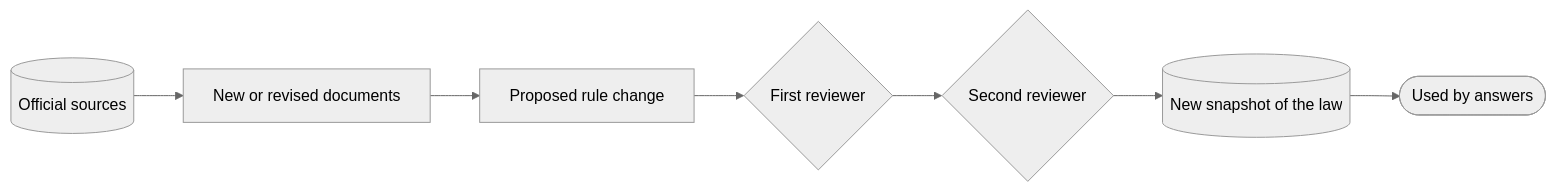
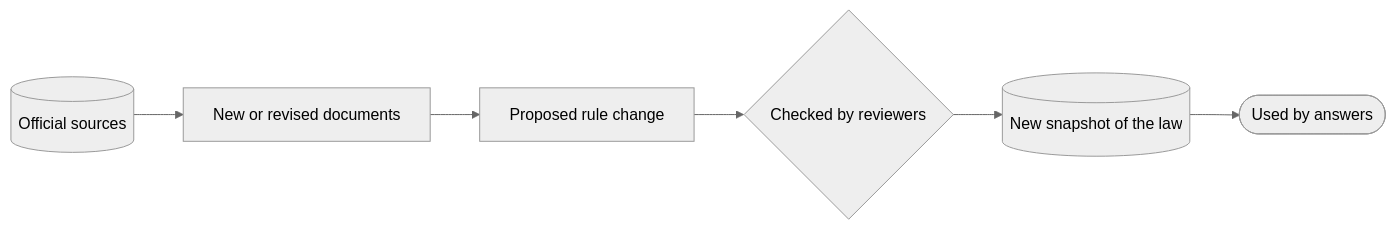
One commit to PasinduSuraweera/citetax changed the fourth of 4 diagrams in README.md. Above: the diagram before and after it, drawn with Mermaid (neutral theme). The commit also changed other lines of this file, not shown here.

````diff
--- a/README.md
+++ b/README.md
@@ -158,9 +159,8 @@
 ```mermaid
 flowchart LR
     S[(Official sources)] --> D[New or revised documents]
     D --> P[Proposed rule change]
-    P --> R1{First reviewer}
-    R1 --> R2{Second reviewer}
-    R2 --> SN[(New snapshot of the law)]
+    P --> R1{Checked by reviewers}
+    R1 --> SN[(New snapshot of the law)]
     SN --> A([Used by answers])
 ```
````
